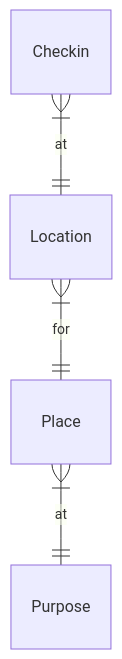
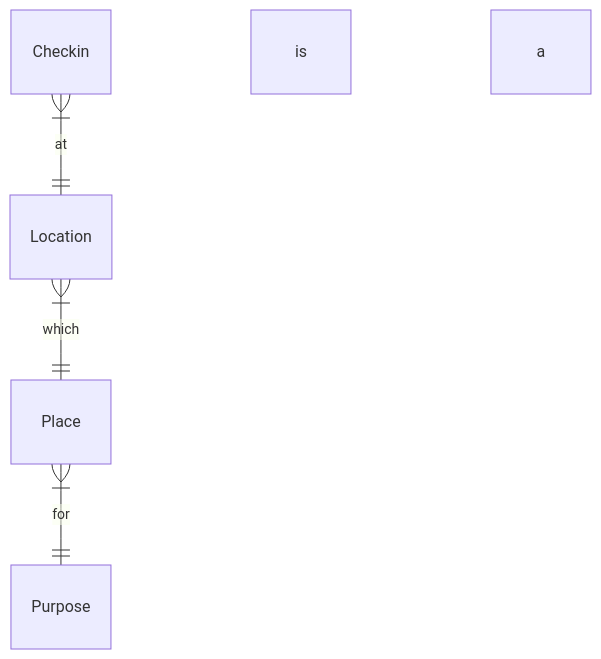
Before and after one commit to BrendanTWhite/factos: the diagram in docs/erd.md, drawn with Mermaid.

````diff
--- a/docs/erd.md
+++ b/docs/erd.md
@@ -3,6 +3,6 @@
 ```mermaid
 erDiagram
     Checkin }|--|| Location : at
-    Location }|--|| Place : for
-    Place }|--|| Purpose : at
+    Location }|--|| Place : which is a
+    Place }|--|| Purpose : for
 ```
````
